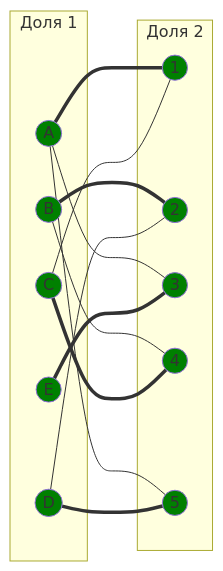
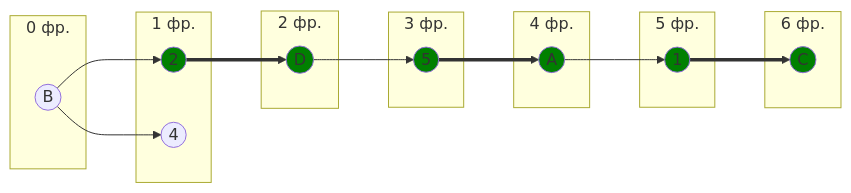
The ninth of 11 diagrams in Задание 8/Nyashki.md (algos-ris-24-3/manual-tasks), drawn with Mermaid before and after one commit. The commit also changed other lines of this file, not shown here.

````diff
--- a/Задание 8/Nyashki.md
+++ b/Задание 8/Nyashki.md
@@ -350,44 +313,36 @@
 ```mermaid
 graph LR
-    subgraph "Доля 1"
-        A((A))
+    subgraph " 0 фр."
         B((B))
-        C((C))
+    end
+    subgraph " 1 фр."
+        2((2))
+        4((4))
+    end
+    subgraph " 2 фр."
         D((D))
-        E((E))
     end
-    subgraph "Доля 2"
-        1((1))
-        2((2))
-        3((3))
-        4((4))
+    subgraph " 3 фр."
         5((5))
     end
+    subgraph " 4 фр."
+        A((A))
+    end
+    subgraph " 5 фр."
+        1((1))
+    end
+    subgraph " 6 фр."
+        C((C))
+    end
+    
+    B --> 2 
+    B --> 4
+    2 ==> D --> 5 ==> A --> 1 ==> C
 
-    A === 1
-    A --- 3
-    A --- 5
-
-    B === 2
-    B --- 4
-
-    C --- 1
-    C === 4
-    
-    D --- 2
-    D === 5
-    
-    E === 3
-
-    style E fill:#008000
-    style 3 fill:#008000
+    style D fill:#008000
+    style 2 fill:#008000
+    style 5 fill:#008000
     style A fill:#008000
-    style 5 fill:#008000
+    style 1 fill:#008000
     style C fill:#008000
-    style 4 fill:#008000
-    style B fill:#008000
-    style 2 fill:#008000
-    style D fill:#008000
-    style 1 fill:#008000
-    
 ```
````
